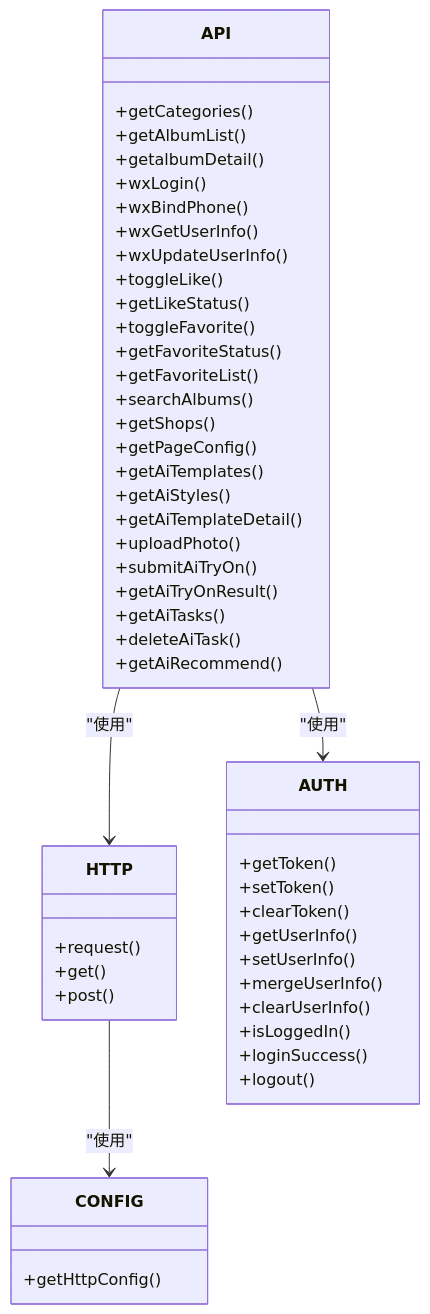
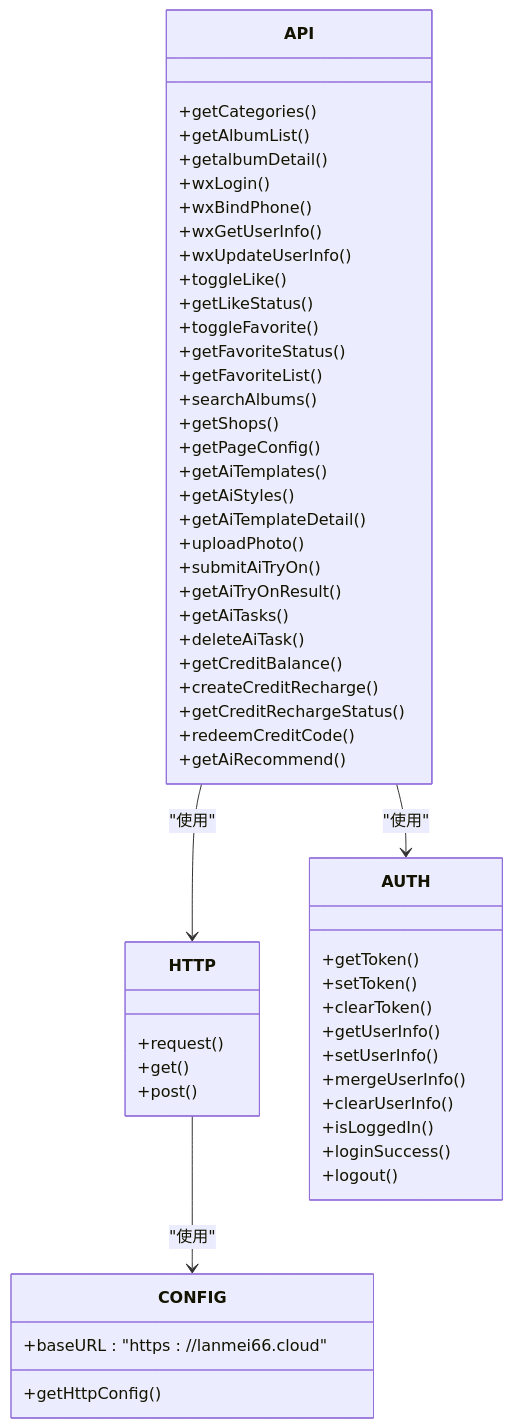
Before and after one commit to crazyma99/blueberry: the third of 3 diagrams in .qoder/repowiki/zh/content/工具模块详解/API接口封装层.md, drawn with Mermaid. The commit also changed other lines of this file and 10 other files, not shown here.

````diff
--- a/.qoder/repowiki/zh/content/工具模块详解/API接口封装层.md
+++ b/.qoder/repowiki/zh/content/工具模块详解/API接口封装层.md
@@ -511,52 +611,57 @@
 ```mermaid
 classDiagram
 class API {
 +getCategories()
 +getAlbumList()
 +getalbumDetail()
 +wxLogin()
 +wxBindPhone()
 +wxGetUserInfo()
 +wxUpdateUserInfo()
 +toggleLike()
 +getLikeStatus()
 +toggleFavorite()
 +getFavoriteStatus()
 +getFavoriteList()
 +searchAlbums()
 +getShops()
 +getPageConfig()
 +getAiTemplates()
 +getAiStyles()
 +getAiTemplateDetail()
 +uploadPhoto()
 +submitAiTryOn()
 +getAiTryOnResult()
 +getAiTasks()
 +deleteAiTask()
++getCreditBalance()
++createCreditRecharge()
++getCreditRechargeStatus()
++redeemCreditCode()
 +getAiRecommend()
 }
 class HTTP {
 +request()
 +get()
 +post()
 }
 class AUTH {
 +getToken()
 +setToken()
 +clearToken()
 +getUserInfo()
 +setUserInfo()
 +mergeUserInfo()
 +clearUserInfo()
 +isLoggedIn()
 +loginSuccess()
 +logout()
 }
 class CONFIG {
 +getHttpConfig()
++baseURL : "https : //lanmei66.cloud"
 }
 API --> HTTP : "使用"
 API --> AUTH : "使用"
 HTTP --> CONFIG : "使用"
 ```
````
